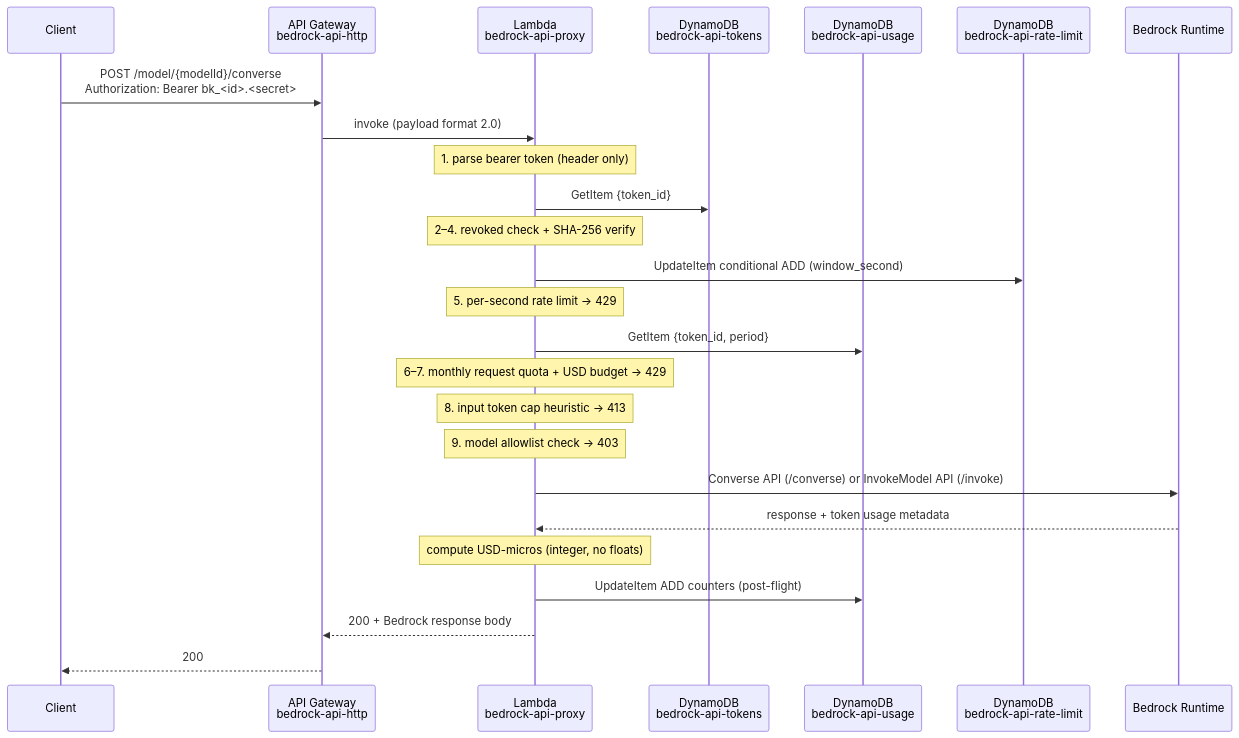
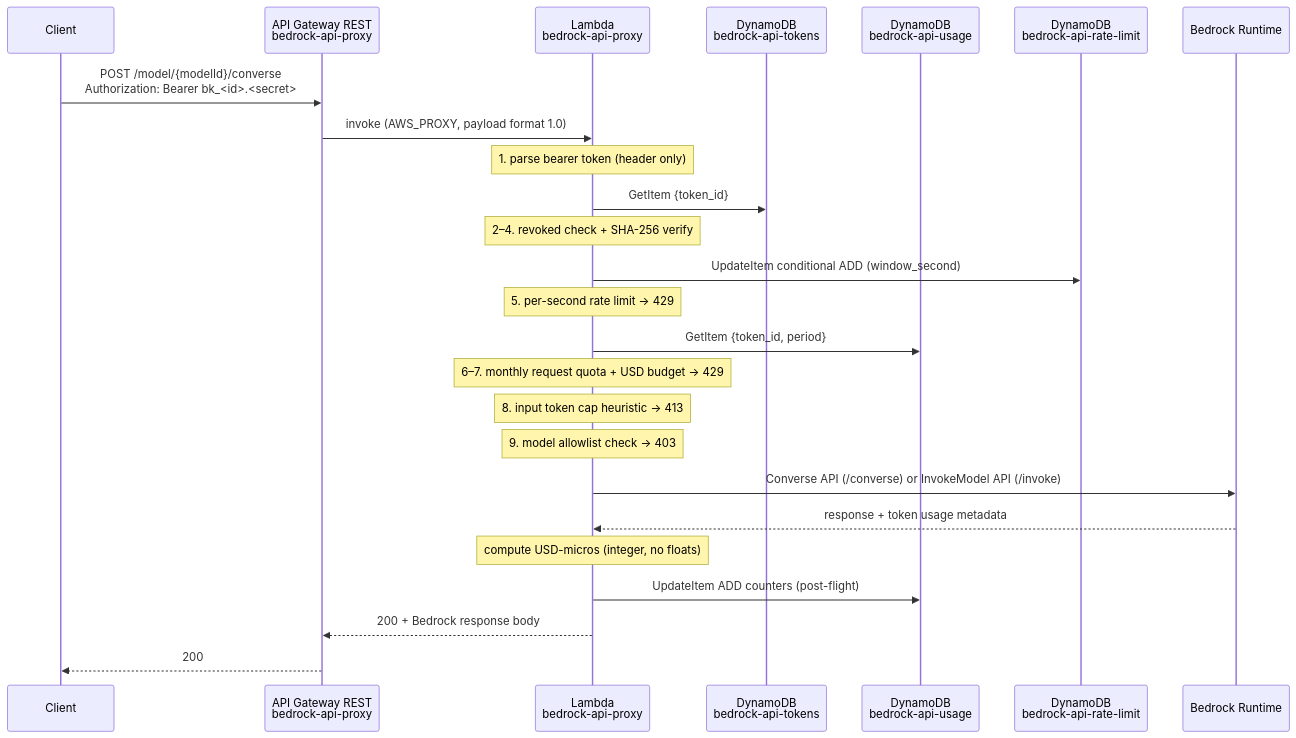
The third of 5 diagrams in docs/architecture.md (smarttransit-ai/bedrock-api), drawn with Mermaid before and after one commit. The commit also changed other lines of this file and 58 other files, not shown here.

First line of the commit message:
Streaming, litellm pricing + live refresh, and the REST API edge (#6)

````diff
--- a/docs/architecture.md
+++ b/docs/architecture.md
@@ -90,29 +93,29 @@
 ```mermaid
 sequenceDiagram
     participant C as Client
-    participant GW as API Gateway<br/>bedrock-api-http
+    participant GW as API Gateway REST<br/>bedrock-api-proxy
     participant L as Lambda<br/>bedrock-api-proxy
     participant T as DynamoDB<br/>bedrock-api-tokens
     participant U as DynamoDB<br/>bedrock-api-usage
     participant R as DynamoDB<br/>bedrock-api-rate-limit
     participant B as Bedrock Runtime
 
     C->>GW: POST /model/{modelId}/converse<br/>Authorization: Bearer bk_<id>.<secret>
-    GW->>L: invoke (payload format 2.0)
+    GW->>L: invoke (AWS_PROXY, payload format 1.0)
 
     Note over L: 1. parse bearer token (header only)
     L->>T: GetItem {token_id}
     Note over L: 2–4. revoked check + SHA-256 verify
     L->>R: UpdateItem conditional ADD (window_second)
     Note over L: 5. per-second rate limit → 429
     L->>U: GetItem {token_id, period}
     Note over L: 6–7. monthly request quota + USD budget → 429
     Note over L: 8. input token cap heuristic → 413
     Note over L: 9. model allowlist check → 403
     L->>B: Converse API (/converse) or InvokeModel API (/invoke)
     B-->>L: response + token usage metadata
     Note over L: compute USD-micros (integer, no floats)
     L->>U: UpdateItem ADD counters (post-flight)
     L-->>GW: 200 + Bedrock response body
     GW-->>C: 200
 ```
````
